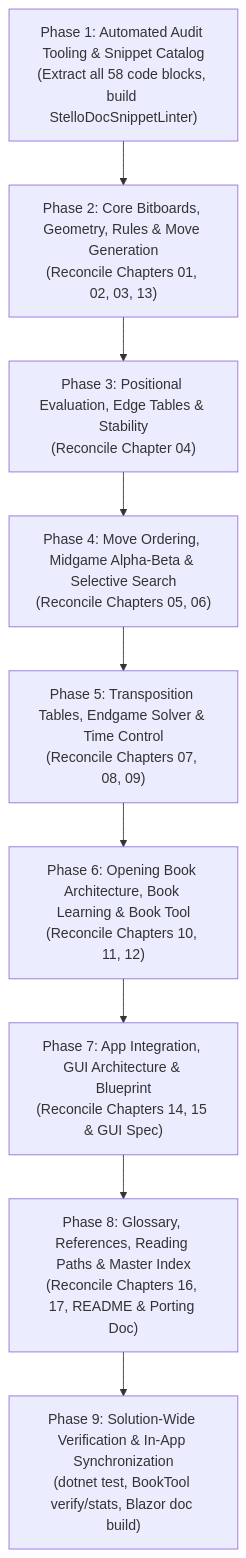
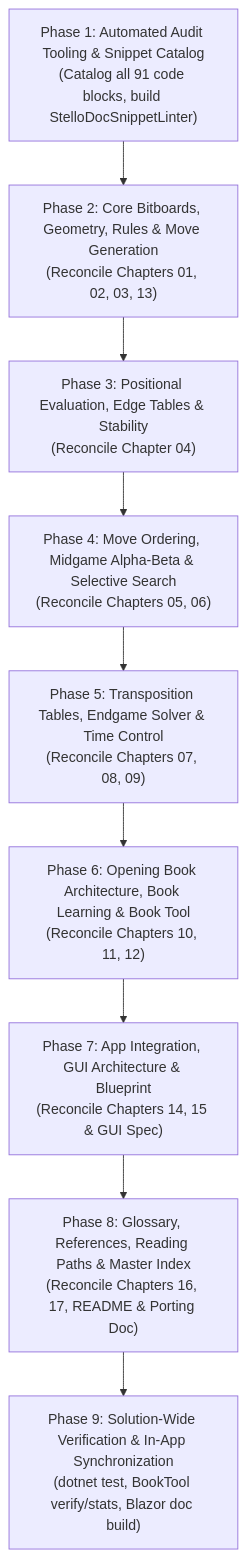
One commit to cjp-dev/Stello changed the third of 3 diagrams in Plans/stello-exhaustive-docs-and-code-audit-plan.md. Above: the diagram before and after it, drawn with Mermaid. The commit also changed other lines of this file and 6 other files, not shown here.

First line of the commit message:
Stello 3.1 phase 1 item 6: wrong statements in the docs

````diff
--- a/Plans/stello-exhaustive-docs-and-code-audit-plan.md
+++ b/Plans/stello-exhaustive-docs-and-code-audit-plan.md
@@ -195,14 +195,14 @@
 ```mermaid
 flowchart TD
-    Phase1["Phase 1: Automated Audit Tooling & Snippet Catalog<br/>(Extract all 58 code blocks, build StelloDocSnippetLinter)"]
+    Phase1["Phase 1: Automated Audit Tooling & Snippet Catalog<br/>(Catalog all 91 code blocks, build StelloDocSnippetLinter)"]
     Phase2["Phase 2: Core Bitboards, Geometry, Rules & Move Generation<br/>(Reconcile Chapters 01, 02, 03, 13)"]
     Phase3["Phase 3: Positional Evaluation, Edge Tables & Stability<br/>(Reconcile Chapter 04)"]
     Phase4["Phase 4: Move Ordering, Midgame Alpha-Beta & Selective Search<br/>(Reconcile Chapters 05, 06)"]
     Phase5["Phase 5: Transposition Tables, Endgame Solver & Time Control<br/>(Reconcile Chapters 07, 08, 09)"]
     Phase6["Phase 6: Opening Book Architecture, Book Learning & Book Tool<br/>(Reconcile Chapters 10, 11, 12)"]
     Phase7["Phase 7: App Integration, GUI Architecture & Blueprint<br/>(Reconcile Chapters 14, 15 & GUI Spec)"]
     Phase8["Phase 8: Glossary, References, Reading Paths & Master Index<br/>(Reconcile Chapters 16, 17, README & Porting Doc)"]
     Phase9["Phase 9: Solution-Wide Verification & In-App Synchronization<br/>(dotnet test, BookTool verify/stats, Blazor doc build)"]
 
     Phase1 --> Phase2 --> Phase3 --> Phase4 --> Phase5 --> Phase6 --> Phase7 --> Phase8 --> Phase9
 ```
````
